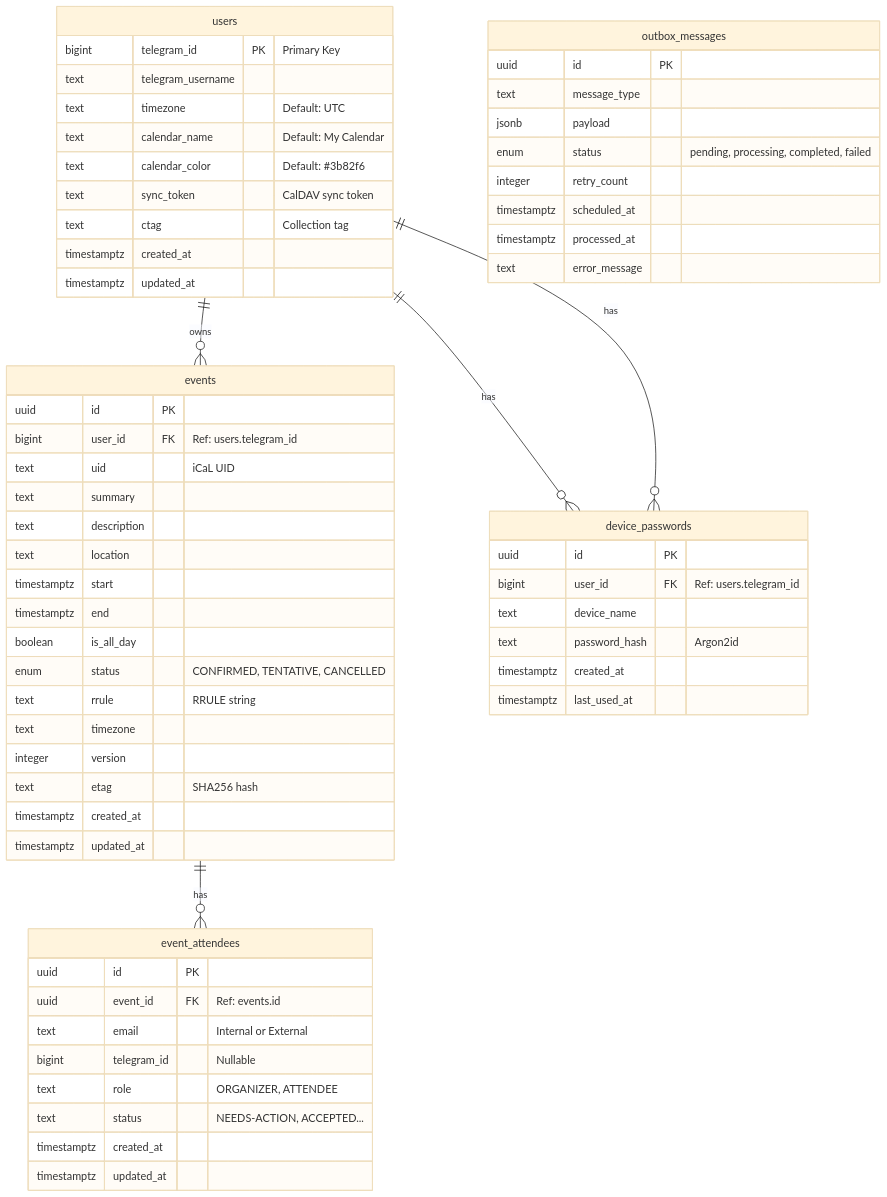
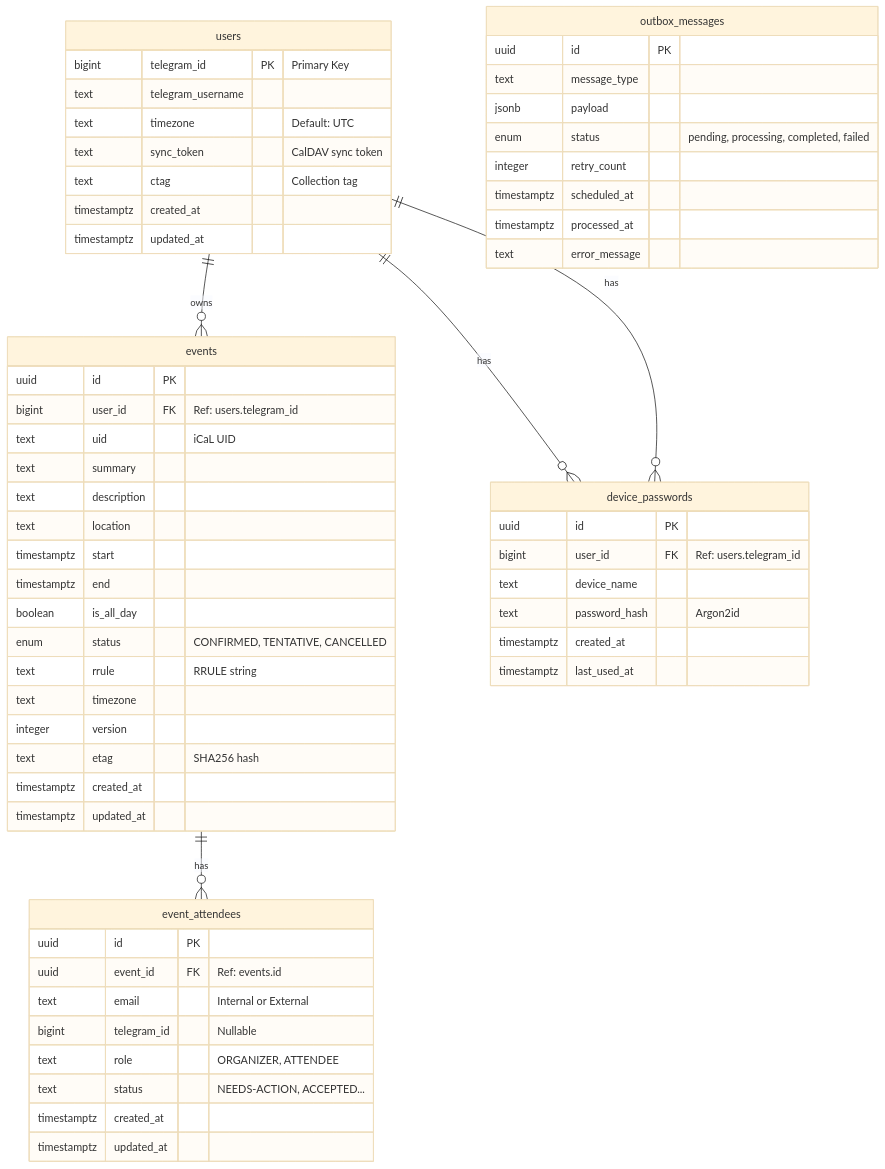
One commit to kirilledition/televent changed the second of 2 diagrams in README.md. Above: the diagram before and after it, drawn with Mermaid (base theme). The commit also changed 10 other files, not shown here.

First line of the commit message:
refactor: Replace calendar_name and calendar_color with constants

````diff
--- a/README.md
+++ b/README.md
@@ -57,73 +57,71 @@
 ```mermaid
 erDiagram
     users ||--o{ events : "owns"
     users ||--o{ device_passwords : "has"
     users ||--o{ device_passwords : "has"
     events ||--o{ event_attendees : "has"
 
     users {
         bigint telegram_id PK "Primary Key"
         text telegram_username
         text timezone "Default: UTC"
-        text calendar_name "Default: My Calendar"
-        text calendar_color "Default: #3b82f6"
         text sync_token "CalDAV sync token"
         text ctag "Collection tag"
         timestamptz created_at
         timestamptz updated_at
     }
 
     events {
         uuid id PK
         bigint user_id FK "Ref: users.telegram_id"
         text uid "iCaL UID"
         text summary
         text description
         text location
         timestamptz start
         timestamptz end
         boolean is_all_day
         enum status "CONFIRMED, TENTATIVE, CANCELLED"
         text rrule "RRULE string"
         text timezone
         integer version
         text etag "SHA256 hash"
         timestamptz created_at
         timestamptz updated_at
     }
 
     device_passwords {
         uuid id PK
         bigint user_id FK "Ref: users.telegram_id"
         text device_name
         text password_hash "Argon2id"
         timestamptz created_at
         timestamptz last_used_at
     }
 
 
 
     event_attendees {
         uuid id PK
         uuid event_id FK "Ref: events.id"
         text email "Internal or External"
         bigint telegram_id "Nullable"
         text role "ORGANIZER, ATTENDEE"
         text status "NEEDS-ACTION, ACCEPTED..."
         timestamptz created_at
         timestamptz updated_at
     }
 
     outbox_messages {
         uuid id PK
         text message_type
         jsonb payload
         enum status "pending, processing, completed, failed"
         integer retry_count
         timestamptz scheduled_at
         timestamptz processed_at
         text error_message
     }
 
 
 ```
````
